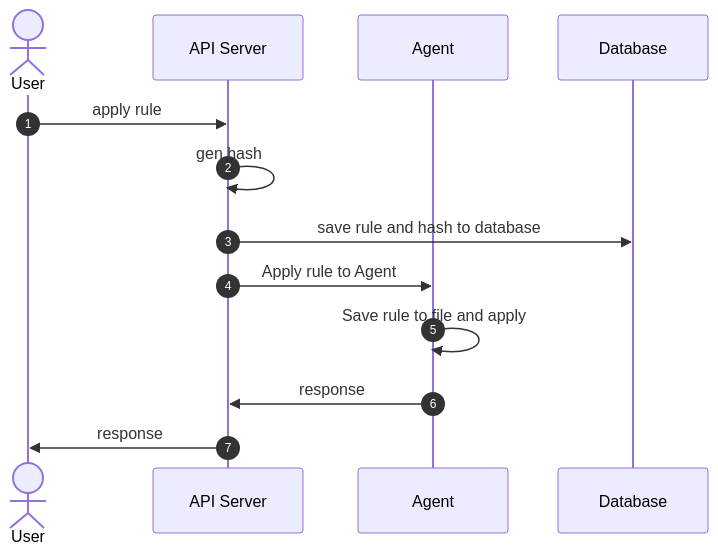
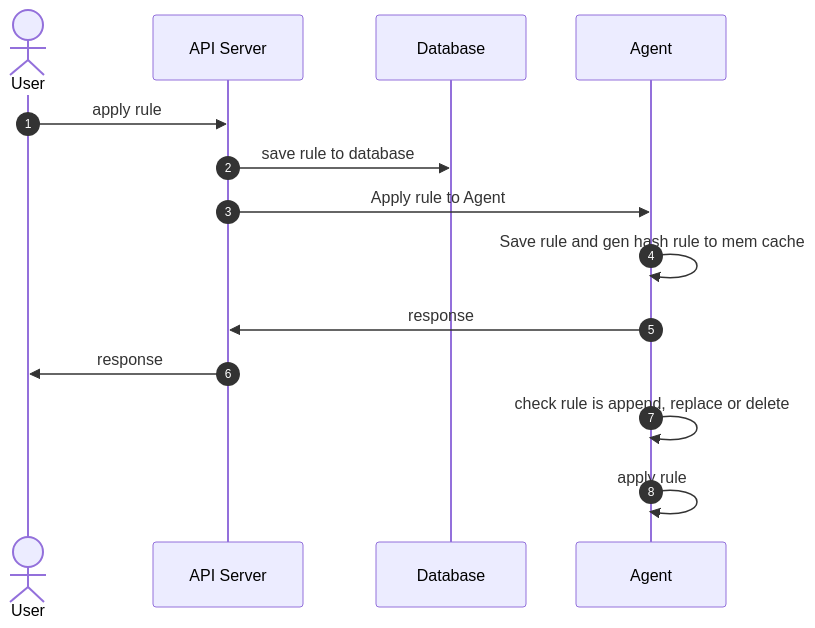
Before and after one commit to bamboo-firewall/docs: the third of 4 diagrams in case-studies/policy/usecase.md, drawn with Mermaid. The commit also changed other lines of this file, not shown here.

Commit message:
PAAS-1283-flow-apply-rule

```````diff
--- a/case-studies/policy/usecase.md
+++ b/case-studies/policy/usecase.md
@@ -41,15 +41,16 @@
 ``````mermaid
 sequenceDiagram
 autonumber
 actor U as User
 participant APIS as API Server
+participant DB as Database
 participant Agent as Agent
-participant DB as Database
 U ->> APIS: apply rule
-APIS ->> APIS: gen hash
-APIS ->> DB: save rule and hash to database
+APIS ->> DB: save rule to database
 APIS ->> Agent: Apply rule to Agent
-Agent ->> Agent: Save rule to file and apply
+Agent ->> Agent: Save rule and gen hash rule to mem cache
 Agent ->> APIS: response
 APIS ->> U: response
+Agent ->> Agent: check rule is append, replace or delete
+Agent ->> Agent: apply rule
 ``````
```````
